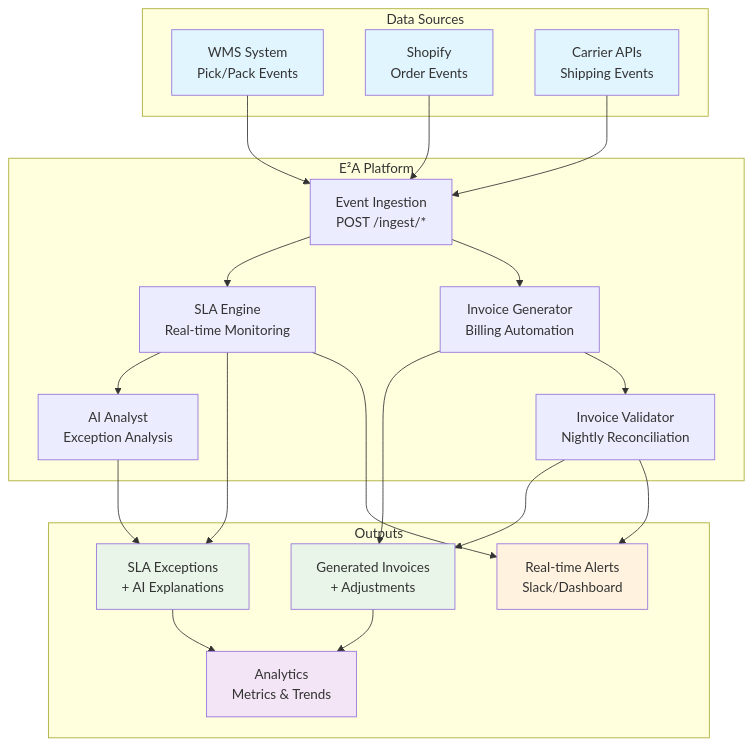
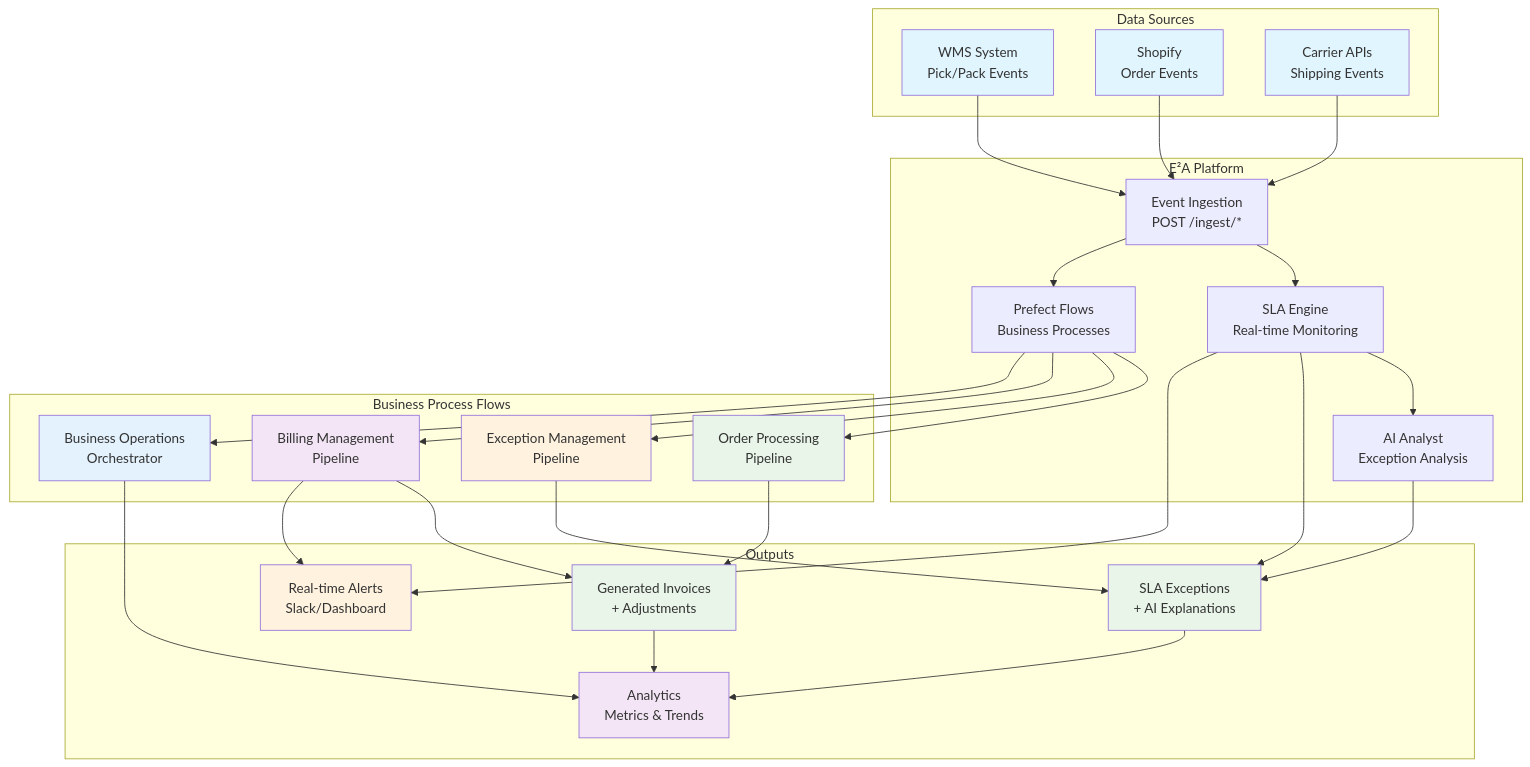
Before and after one commit to chernistry/e2a: the first of 4 diagrams in README.md, drawn with Mermaid. The commit also changed other lines of this file and 1 other file, not shown here.

````diff
--- a/README.md
+++ b/README.md
@@ -121,51 +121,67 @@
 ```mermaid
 flowchart TD
     subgraph "Data Sources"
         WMS[WMS System<br/>Pick/Pack Events]
         SHOPIFY[Shopify<br/>Order Events]
         CARRIER[Carrier APIs<br/>Shipping Events]
     end
     
     subgraph "E²A Platform"
         INGEST[Event Ingestion<br/>POST /ingest/*]
         SLA[SLA Engine<br/>Real-time Monitoring]
         AI[AI Analyst<br/>Exception Analysis]
-        INVOICE[Invoice Generator<br/>Billing Automation]
-        VALIDATE[Invoice Validator<br/>Nightly Reconciliation]
+        PREFECT[Prefect Flows<br/>Business Processes]
+    end
+    
+    subgraph "Business Process Flows"
+        ORDER[Order Processing<br/>Pipeline]
+        EXCEPTION[Exception Management<br/>Pipeline]
+        BILLING[Billing Management<br/>Pipeline]
+        ORCHESTRATOR[Business Operations<br/>Orchestrator]
     end
     
     subgraph "Outputs"
         EXCEPTIONS[SLA Exceptions<br/>+ AI Explanations]
         INVOICES[Generated Invoices<br/>+ Adjustments]
         ALERTS[Real-time Alerts<br/>Slack/Dashboard]
         REPORTS[Analytics<br/>Metrics & Trends]
     end
     
     WMS --> INGEST
     SHOPIFY --> INGEST
     CARRIER --> INGEST
     
     INGEST --> SLA
     SLA --> AI
     SLA --> EXCEPTIONS
     
-    INGEST --> INVOICE
-    INVOICE --> INVOICES
-    INVOICE --> VALIDATE
-    VALIDATE --> INVOICES
+    INGEST --> PREFECT
+    PREFECT --> ORDER
+    PREFECT --> EXCEPTION
+    PREFECT --> BILLING
+    PREFECT --> ORCHESTRATOR
+    
+    ORDER --> INVOICES
+    EXCEPTION --> EXCEPTIONS
+    BILLING --> INVOICES
+    ORCHESTRATOR --> REPORTS
     
     AI --> EXCEPTIONS
     SLA --> ALERTS
-    VALIDATE --> ALERTS
+    BILLING --> ALERTS
     
     EXCEPTIONS --> REPORTS
     INVOICES --> REPORTS
     
     style WMS fill:#e1f5fe
     style SHOPIFY fill:#e1f5fe
     style CARRIER fill:#e1f5fe
+    style ORDER fill:#e8f5e8
+    style EXCEPTION fill:#fff3e0
+    style BILLING fill:#f3e5f5
+    style ORCHESTRATOR fill:#e3f2fd
     style EXCEPTIONS fill:#e8f5e8
     style INVOICES fill:#e8f5e8
     style ALERTS fill:#fff3e0
     style REPORTS fill:#f3e5f5
 ```
````
